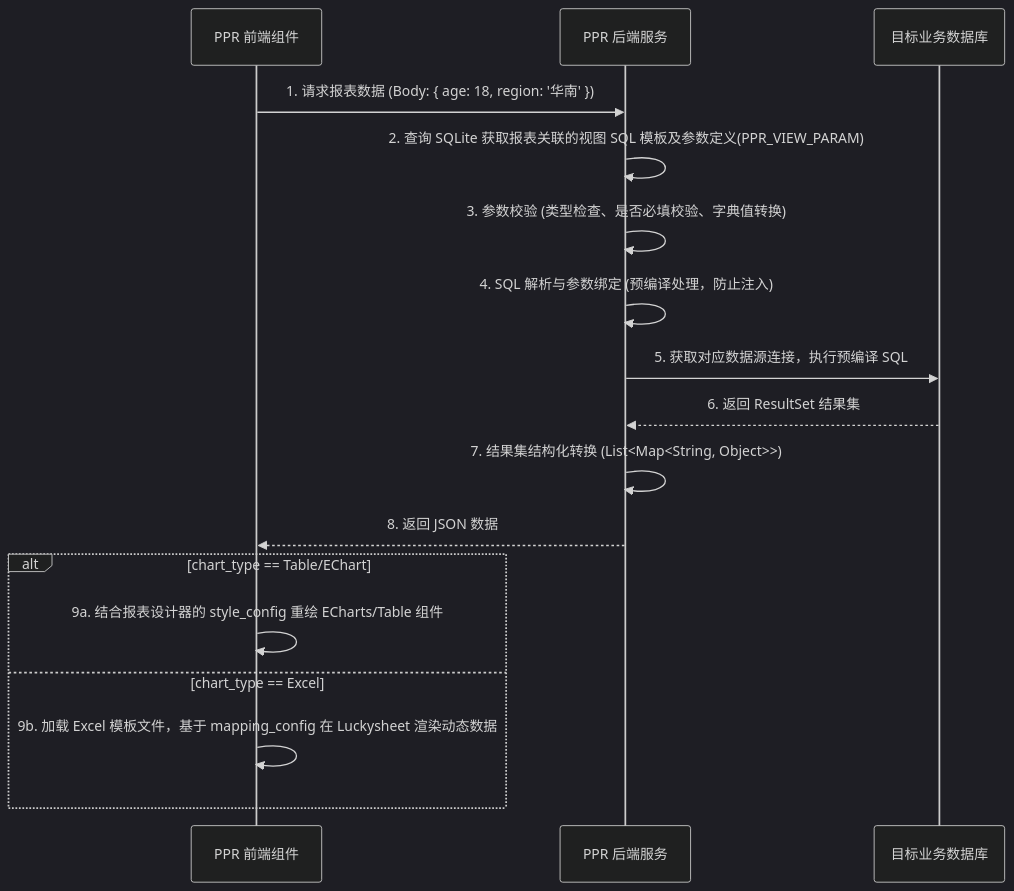
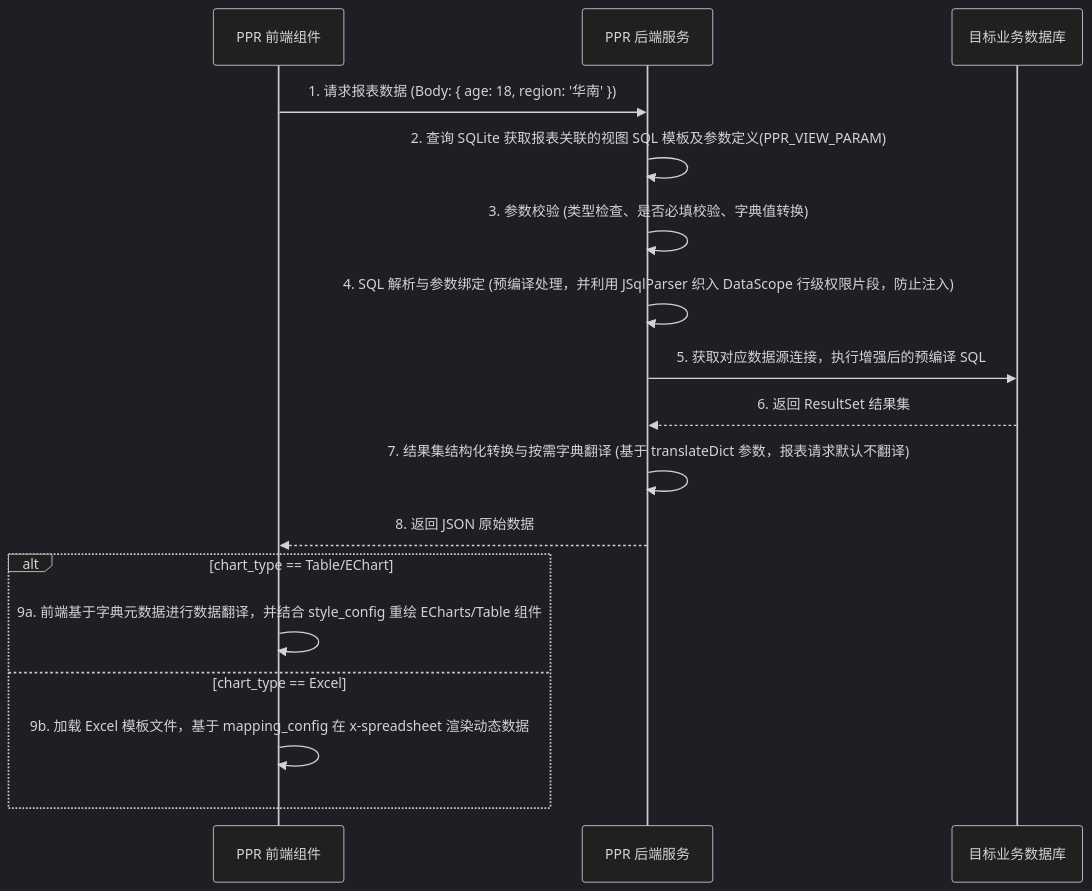
The third of 3 diagrams in PPR_PRD.md (brizeboo/PPR), drawn with Mermaid (dark theme) before and after one commit. The commit also changed other lines of this file, not shown here.

````diff
--- a/PPR_PRD.md
+++ b/PPR_PRD.md
@@ -288,20 +295,20 @@
 ```mermaid
 sequenceDiagram
     participant PPR_FE as PPR 前端组件
     participant PPR_BE as PPR 后端服务
     participant Target_DB as 目标业务数据库
 
     PPR_FE->>PPR_BE: 1. 请求报表数据 (Body: { age: 18, region: '华南' })
     PPR_BE->>PPR_BE: 2. 查询 SQLite 获取报表关联的视图 SQL 模板及参数定义(PPR_VIEW_PARAM)
     PPR_BE->>PPR_BE: 3. 参数校验 (类型检查、是否必填校验、字典值转换)
-    PPR_BE->>PPR_BE: 4. SQL 解析与参数绑定 (预编译处理，防止注入)
-    PPR_BE->>Target_DB: 5. 获取对应数据源连接，执行预编译 SQL
+    PPR_BE->>PPR_BE: 4. SQL 解析与参数绑定 (预编译处理，并利用 JSqlParser 织入 DataScope 行级权限片段，防止注入)
+    PPR_BE->>Target_DB: 5. 获取对应数据源连接，执行增强后的预编译 SQL
     Target_DB-->>PPR_BE: 6. 返回 ResultSet 结果集
-    PPR_BE->>PPR_BE: 7. 结果集结构化转换 (List<Map<String, Object>>)
-    PPR_BE-->>PPR_FE: 8. 返回 JSON 数据
+    PPR_BE->>PPR_BE: 7. 结果集结构化转换与按需字典翻译 (基于 translateDict 参数，报表请求默认不翻译)
+    PPR_BE-->>PPR_FE: 8. 返回 JSON 原始数据
     alt chart_type == Table/EChart
-        PPR_FE->>PPR_FE: 9a. 结合报表设计器的 style_config 重绘 ECharts/Table 组件
+        PPR_FE->>PPR_FE: 9a. 前端基于字典元数据进行数据翻译，并结合 style_config 重绘 ECharts/Table 组件
     else chart_type == Excel
-        PPR_FE->>PPR_FE: 9b. 加载 Excel 模板文件，基于 mapping_config 在 Luckysheet 渲染动态数据
+        PPR_FE->>PPR_FE: 9b. 加载 Excel 模板文件，基于 mapping_config 在 x-spreadsheet 渲染动态数据
     end
 ```
````
